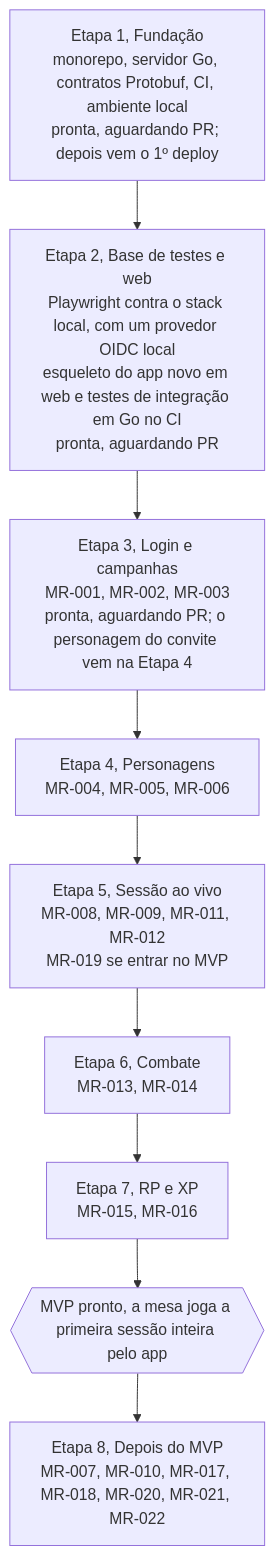
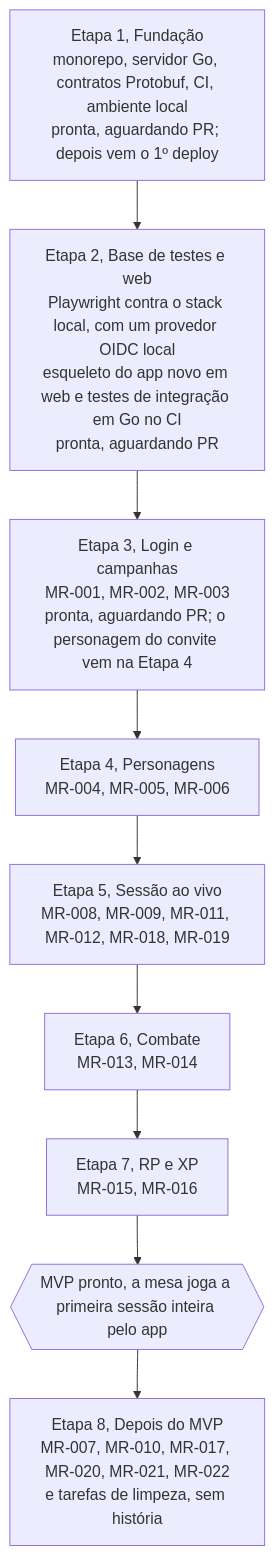
The diagram in docs/roadmap.md (PuraFome/meuRPG), drawn with Mermaid before and after one commit. The commit also changed other lines of this file and 8 other files, not shown here.

````diff
--- a/docs/roadmap.md
+++ b/docs/roadmap.md
@@ -5,14 +5,14 @@
 ```mermaid
 flowchart TD
     E1["Etapa 1, Fundação<br/>monorepo, servidor Go, contratos Protobuf, CI, ambiente local<br/>pronta, aguardando PR; depois vem o 1º deploy"]
     E2["Etapa 2, Base de testes e web<br/>Playwright contra o stack local, com um provedor OIDC local<br/>esqueleto do app novo em web e testes de integração em Go no CI<br/>pronta, aguardando PR"]
     E3["Etapa 3, Login e campanhas<br/>MR-001, MR-002, MR-003<br/>pronta, aguardando PR; o personagem do convite vem na Etapa 4"]
     E4["Etapa 4, Personagens<br/>MR-004, MR-005, MR-006"]
-    E5["Etapa 5, Sessão ao vivo<br/>MR-008, MR-009, MR-011, MR-012<br/>MR-019 se entrar no MVP"]
+    E5["Etapa 5, Sessão ao vivo<br/>MR-008, MR-009, MR-011, MR-012, MR-018, MR-019"]
     E6["Etapa 6, Combate<br/>MR-013, MR-014"]
     E7["Etapa 7, RP e XP<br/>MR-015, MR-016"]
     MVP{{"MVP pronto, a mesa joga a primeira sessão inteira pelo app"}}
-    E8["Etapa 8, Depois do MVP<br/>MR-007, MR-010, MR-017, MR-018, MR-020, MR-021, MR-022"]
+    E8["Etapa 8, Depois do MVP<br/>MR-007, MR-010, MR-017, MR-020, MR-021, MR-022<br/>e tarefas de limpeza, sem história"]
 
     E1 --> E2 --> E3 --> E4 --> E5 --> E6 --> E7 --> MVP --> E8
 ```
````
